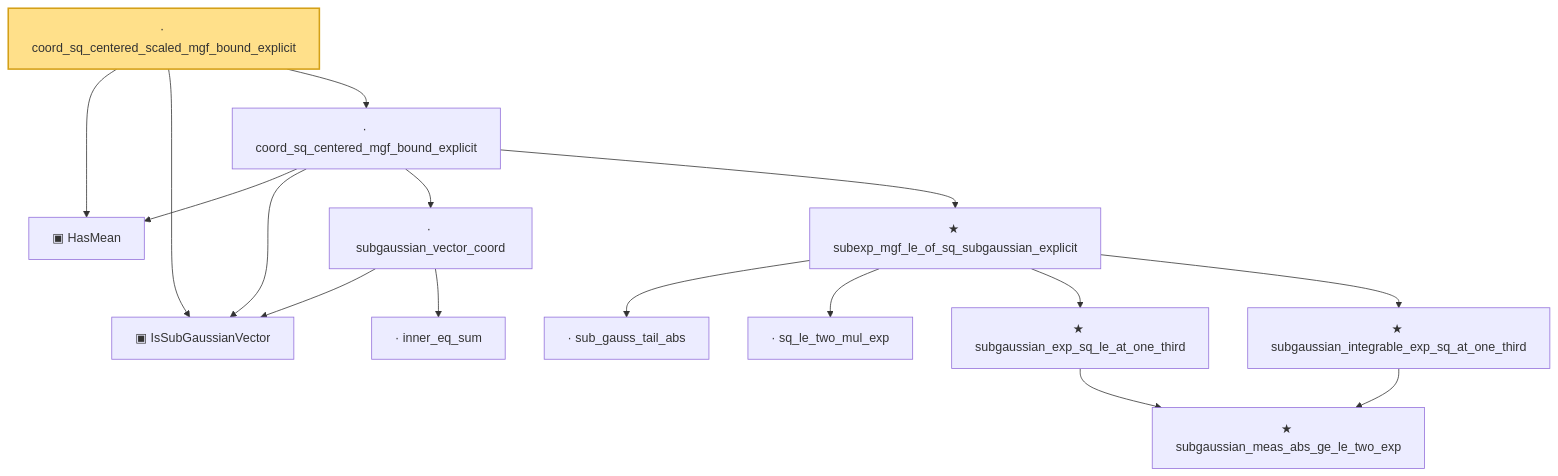
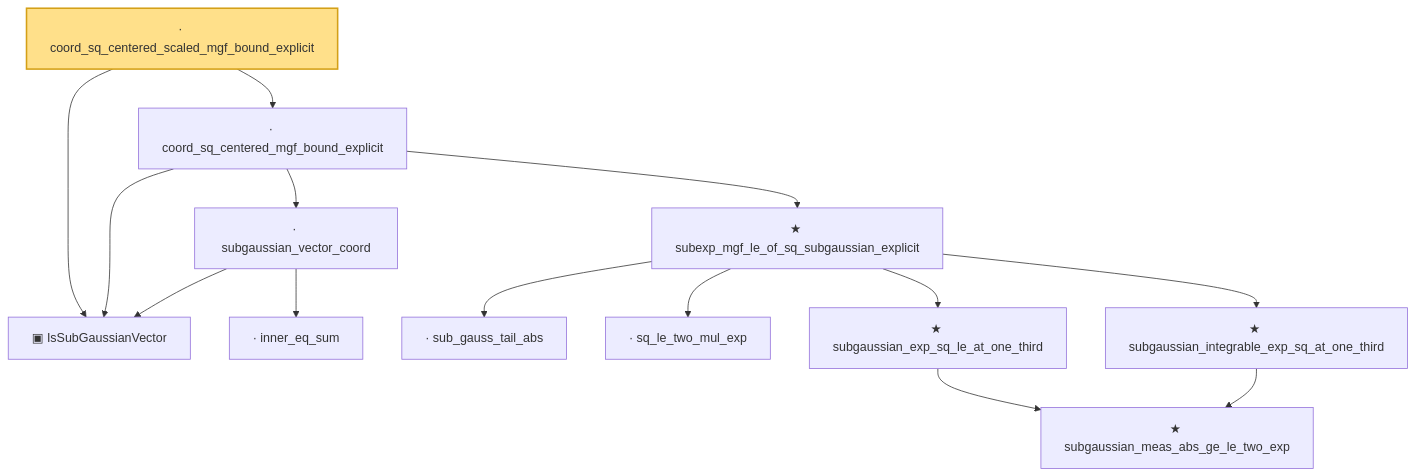
Before and after one commit to statopia/statlib-site: the diagram in public/narratives/HighDim/coord_sq_centered_scaled_mgf_bound_explicit.md, drawn with Mermaid. The commit also changed other lines of this file and 85 other files, not shown here.

````diff
--- a/public/narratives/HighDim/coord_sq_centered_scaled_mgf_bound_explicit.md
+++ b/public/narratives/HighDim/coord_sq_centered_scaled_mgf_bound_explicit.md
@@ -23,33 +22,30 @@
 ```mermaid
 flowchart TD
-  n0["▣ HasMean"]
-  n1["▣ IsSubGaussianVector"]
-  n2["· inner_eq_sum"]
-  n3["· subgaussian_vector_coord"]
-  n4["· sub_gauss_tail_abs"]
-  n5["· sq_le_two_mul_exp"]
-  n6["★ subgaussian_meas_abs_ge_le_two_exp"]
-  n7["★ subgaussian_exp_sq_le_at_one_third"]
-  n8["★ subgaussian_integrable_exp_sq_at_one_third"]
-  n9["★ subexp_mgf_le_of_sq_subgaussian_explicit"]
-  n10["· coord_sq_centered_mgf_bound_explicit"]
-  n11["· coord_sq_centered_scaled_mgf_bound_explicit"]
-  n3 --> n1
-  n3 --> n2
-  n7 --> n6
+  n0["▣ IsSubGaussianVector"]
+  n1["· inner_eq_sum"]
+  n2["· subgaussian_vector_coord"]
+  n3["· sub_gauss_tail_abs"]
+  n4["· sq_le_two_mul_exp"]
+  n5["★ subgaussian_meas_abs_ge_le_two_exp"]
+  n6["★ subgaussian_exp_sq_le_at_one_third"]
+  n7["★ subgaussian_integrable_exp_sq_at_one_third"]
+  n8["★ subexp_mgf_le_of_sq_subgaussian_explicit"]
+  n9["· coord_sq_centered_mgf_bound_explicit"]
+  n10["· coord_sq_centered_scaled_mgf_bound_explicit"]
+  n2 --> n0
+  n2 --> n1
+  n6 --> n5
+  n7 --> n5
+  n8 --> n3
+  n8 --> n4
   n8 --> n6
-  n9 --> n4
-  n9 --> n5
-  n9 --> n7
+  n8 --> n7
+  n9 --> n0
+  n9 --> n2
   n9 --> n8
   n10 --> n0
-  n10 --> n1
-  n10 --> n3
   n10 --> n9
-  n11 --> n0
-  n11 --> n1
-  n11 --> n10
-  class n11 headline;
+  class n10 headline;
   classDef headline fill:#ffe08a,stroke:#d4a017,stroke-width:2px;
   classDef axiomNode fill:#ffd0d0,stroke:#c0392b,stroke-dasharray:4 2;
 ```
````
